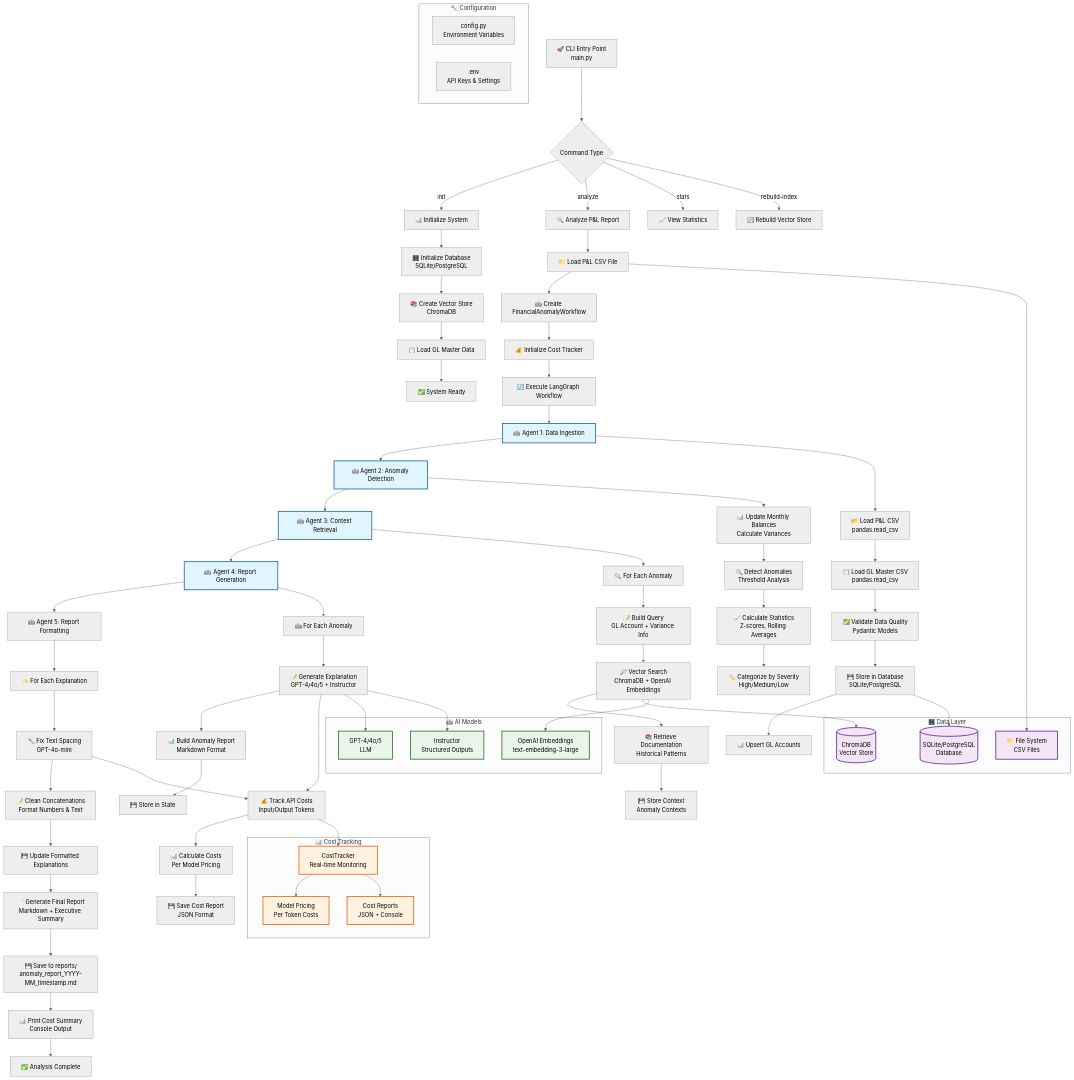
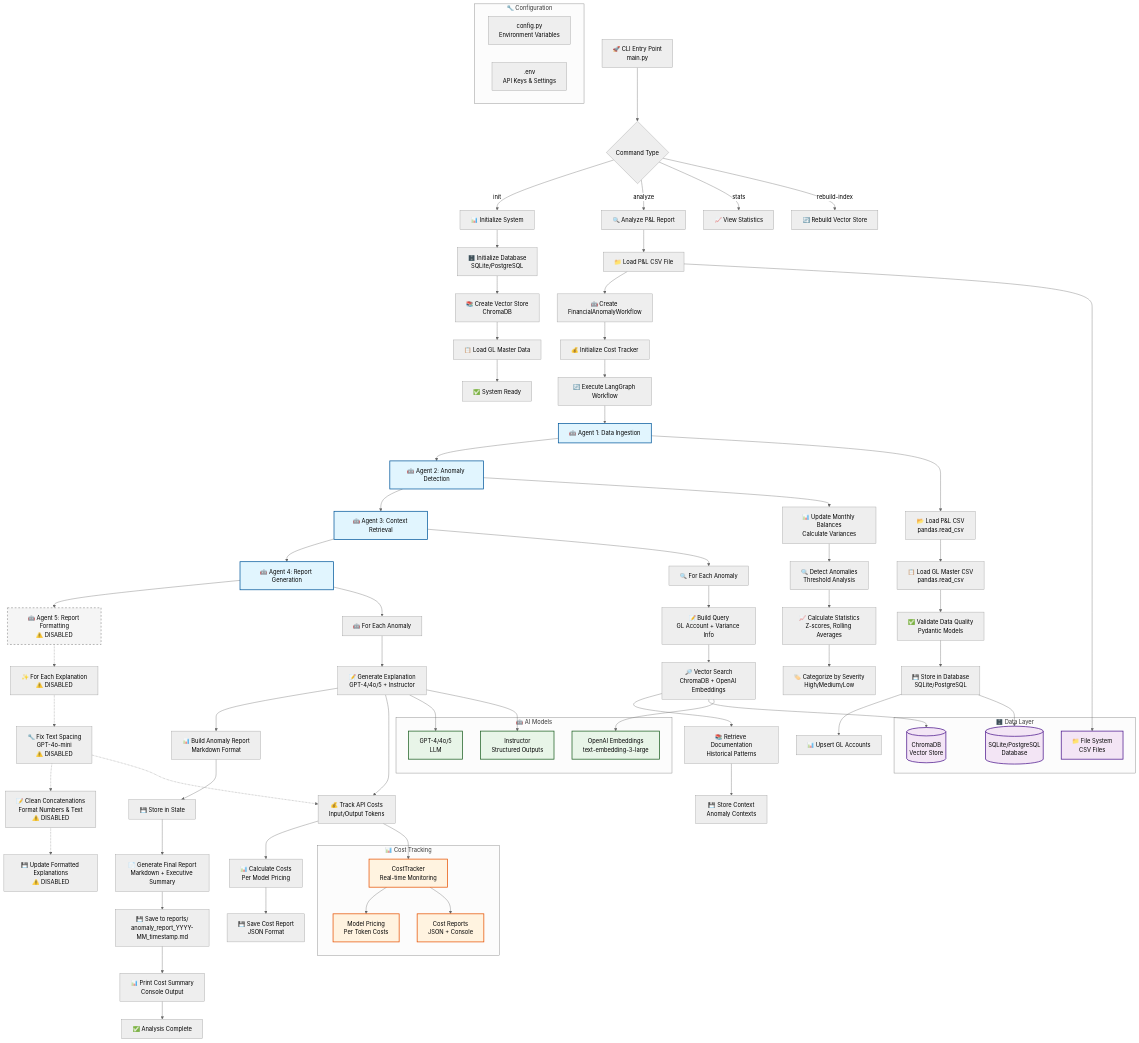
One commit to orbek/PNL-Report-Agent changed the diagram in README.md. Above: the diagram before and after it, drawn with Mermaid (neutral theme). The commit also changed other lines of this file and 22 other files, not shown here.

First line of the commit message:
feat: Document Agent 5 disabled status and add toggle utility

```diff
--- a/README.md
+++ b/README.md
@@ -119,12 +119,12 @@
     D2 --> D3[💰 Initialize Cost Tracker]
     D3 --> D4[🔄 Execute LangGraph Workflow]
     
-    %% LangGraph Workflow - 5 Agents
+    %% LangGraph Workflow - 4 Active Agents (Agent 5 Disabled)
     D4 --> E1[🤖 Agent 1: Data Ingestion]
     E1 --> E2[🤖 Agent 2: Anomaly Detection]
     E2 --> E3[🤖 Agent 3: Context Retrieval]
     E3 --> E4[🤖 Agent 4: Report Generation]
-    E4 --> E5[🤖 Agent 5: Report Formatting]
+    E4 --> E5[🤖 Agent 5: Report Formatting<br/>⚠️ DISABLED]
     
     %% Agent 1: Data Ingestion
     E1 --> E1A[📂 Load P&L CSV<br/>pandas.read_csv]
@@ -152,20 +152,20 @@
     E4B --> E4C[📊 Build Anomaly Report<br/>Markdown Format]
     E4C --> E4D[💾 Store in State]
     
-    %% Agent 5: Report Formatting
-    E5 --> E5A[✨ For Each Explanation]
-    E5A --> E5B[🔧 Fix Text Spacing<br/>GPT-4o-mini]
-    E5B --> E5C[📝 Clean Concatenations<br/>Format Numbers & Text]
-    E5C --> E5D[💾 Update Formatted Explanations]
+    %% Agent 5: Report Formatting (DISABLED)
+    E5 -.-> E5A[✨ For Each Explanation<br/>⚠️ DISABLED]
+    E5A -.-> E5B[🔧 Fix Text Spacing<br/>GPT-4o-mini<br/>⚠️ DISABLED]
+    E5B -.-> E5C[📝 Clean Concatenations<br/>Format Numbers & Text<br/>⚠️ DISABLED]
+    E5C -.-> E5D[💾 Update Formatted Explanations<br/>⚠️ DISABLED]
     
     %% Cost Tracking
     E4B --> CT1[💰 Track API Costs<br/>Input/Output Tokens]
-    E5B --> CT1
+    E5B -.-> CT1
     CT1 --> CT2[📊 Calculate Costs<br/>Per Model Pricing]
     CT2 --> CT3[💾 Save Cost Report<br/>JSON Format]
     
-    %% Output Generation
-    E5D --> F1[📄 Generate Final Report<br/>Markdown + Executive Summary]
+    %% Output Generation (Agent 4 goes directly to output)
+    E4D --> F1[📄 Generate Final Report<br/>Markdown + Executive Summary]
     F1 --> F2[💾 Save to reports/<br/>anomaly_report_YYYY-MM_timestamp.md]
     F2 --> F3[📊 Print Cost Summary<br/>Console Output]
     F3 --> F4[✅ Analysis Complete]
@@ -207,11 +207,13 @@
     
     %% Styling
     classDef agentClass fill:#e1f5fe,stroke:#01579b,stroke-width:2px
+    classDef disabledClass fill:#f5f5f5,stroke:#9e9e9e,stroke-width:2px,stroke-dasharray: 5 5
     classDef dataClass fill:#f3e5f5,stroke:#4a148c,stroke-width:2px
     classDef aiClass fill:#e8f5e8,stroke:#1b5e20,stroke-width:2px
     classDef costClass fill:#fff3e0,stroke:#e65100,stroke-width:2px
     
     class E1,E2,E3,E4 agentClass
+    class E5 disabledClass
     class DB,VS,FS dataClass
     class GPT4,EMB,INST aiClass
     class CT,PRICING,REPORTS costClass
```
